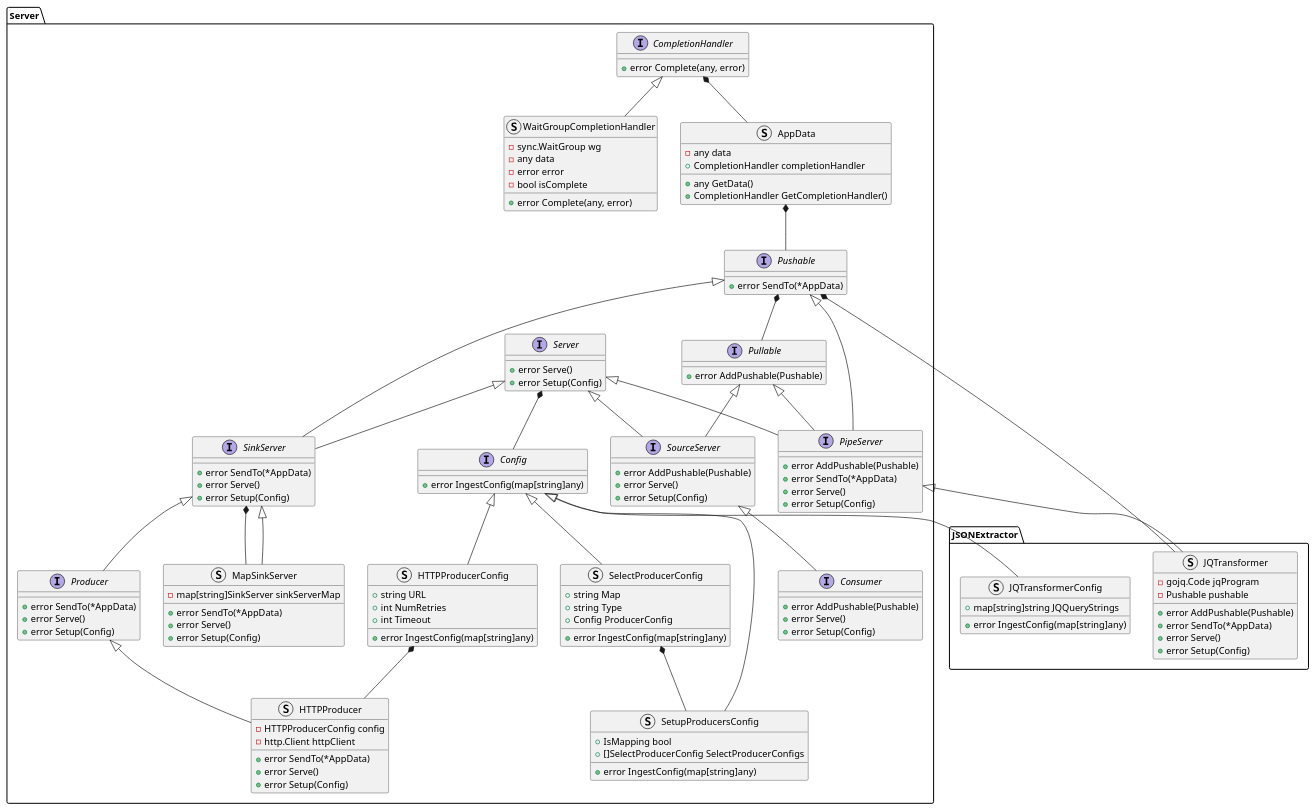
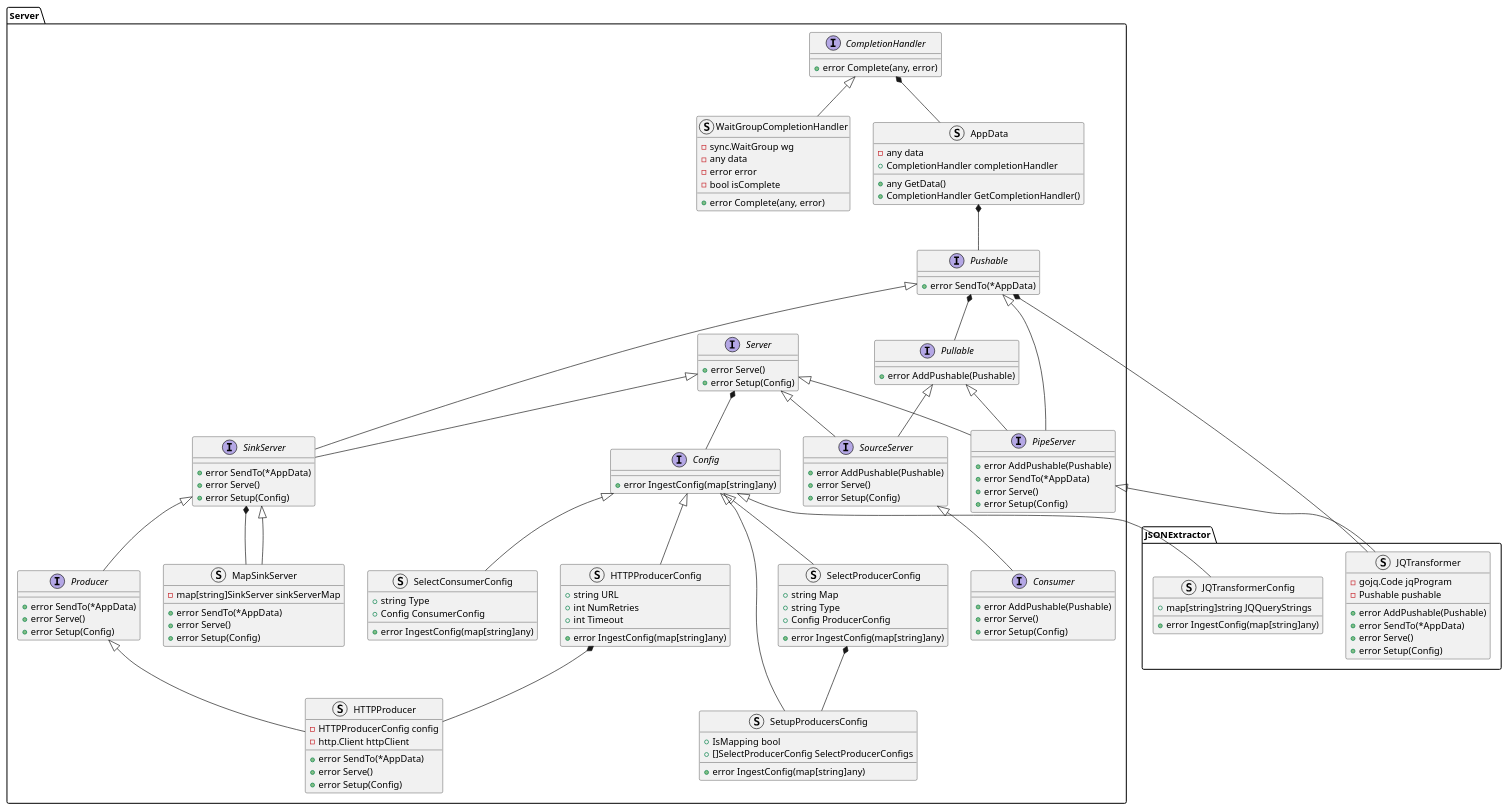
One commit to xtuml/otel2pv changed the diagram in docs/design_notes/DN1_JSON_Extractor/class_diagram.puml. Above: the diagram before and after it, drawn with PlantUML. The commit also changed 3 other files, not shown here.

First line of the commit message:
Cdsopv 84 create config for select consumer (#43)

```diff
--- a/docs/design_notes/DN1_JSON_Extractor/class_diagram.puml
+++ b/docs/design_notes/DN1_JSON_Extractor/class_diagram.puml
@@ -1,132 +1,138 @@
 @startuml
 namespace JSONExtractor {
     struct JQTransformerConfig {
         +map[string]string JQQueryStrings
         +error IngestConfig(map[string]any)
     }
     struct JQTransformer {
         -gojq.Code jqProgram
         -Pushable pushable
         +error AddPushable(Pushable)
         +error SendTo(*AppData)
         +error Serve()
         +error Setup(Config)
     }
 }
 namespace Server {
     interface CompletionHandler {
         +error Complete(any, error)
     }
     struct WaitGroupCompletionHandler {
         -sync.WaitGroup wg
         -any data
         -error error
         -bool isComplete
         +error Complete(any, error)
     }
     struct AppData {
         -any data
         +CompletionHandler completionHandler
         +any GetData()
         +CompletionHandler GetCompletionHandler()
     }
     interface Server {
         +error Serve()
         +error Setup(Config)
     }
     interface Pullable {
         +error AddPushable(Pushable)
     }
     interface Pushable {
         +error SendTo(*AppData)
     }
     interface SourceServer {
         +error AddPushable(Pushable)
         +error Serve()
         +error Setup(Config)
     }
     interface SinkServer {
         +error SendTo(*AppData)
         +error Serve()
         +error Setup(Config)
     }
     interface PipeServer {
         +error AddPushable(Pushable)
         +error SendTo(*AppData)
         +error Serve()
         +error Setup(Config)
     }
     interface Producer {
         +error SendTo(*AppData)
         +error Serve()
         +error Setup(Config)
     }
     struct HTTPProducer {
         -HTTPProducerConfig config
         -http.Client httpClient
         +error SendTo(*AppData)
         +error Serve()
         +error Setup(Config)
     }
     interface Consumer {
         +error AddPushable(Pushable)
         +error Serve()
         +error Setup(Config)
     }
     struct MapSinkServer {
         -map[string]SinkServer sinkServerMap
         +error SendTo(*AppData)
         +error Serve()
         +error Setup(Config)
     }
     interface Config {
         +error IngestConfig(map[string]any)
     }
     struct HTTPProducerConfig {
         +string URL
         +int NumRetries
         +int Timeout
         +error IngestConfig(map[string]any)
     }
     struct SelectProducerConfig {
         +string Map
         +string Type
         +Config ProducerConfig
         +error IngestConfig(map[string]any)
     }
     struct SetupProducersConfig {
         +IsMapping bool
         +[]SelectProducerConfig SelectProducerConfigs
         +error IngestConfig(map[string]any)
     }
+    struct SelectConsumerConfig {
+        +string Type
+        +Config ConsumerConfig
+        +error IngestConfig(map[string]any)
+    }
 }
 Server.CompletionHandler <|-- Server.WaitGroupCompletionHandler
 Server.CompletionHandler *-- Server.AppData
 Server.AppData *-- Server.Pushable
 Server.Server <|-- Server.SourceServer
 Server.Pushable *-- Server.Pullable
 Server.Pullable <|-- Server.SourceServer
 Server.Server <|-- Server.SinkServer
 Server.Pushable <|-- Server.SinkServer
 Server.Pushable <|-- Server.PipeServer
 Server.Pullable <|-- Server.PipeServer
 Server.Server <|-- Server.PipeServer
 
 Server.SinkServer <|-- Server.Producer
 Server.SinkServer *-- Server.MapSinkServer
 Server.SinkServer <|-- Server.MapSinkServer
 Server.SourceServer <|-- Server.Consumer
 
 Server.PipeServer <|-- JSONExtractor.JQTransformer
 Server.Pushable *-- JSONExtractor.JQTransformer
 
 
 Server.Server *-- Server.Config
 Server.Config <|-- JSONExtractor.JQTransformerConfig
 Server.Config <|-- Server.HTTPProducerConfig
 Server.Config <|-- Server.SelectProducerConfig
 Server.Config <|-- Server.SetupProducersConfig
+Server.Config <|-- Server.SelectConsumerConfig
 Server.SelectProducerConfig *-- Server.SetupProducersConfig
 Server.Producer <|-- Server.HTTPProducer
 Server.HTTPProducerConfig *-- Server.HTTPProducer
 @enduml
```
